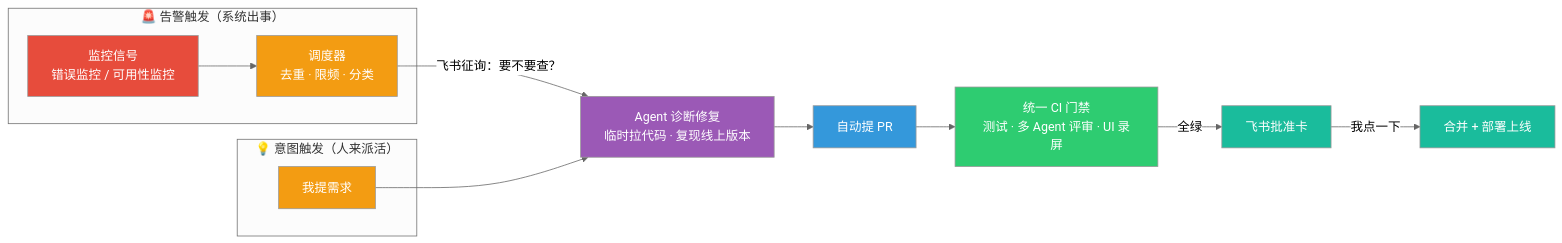
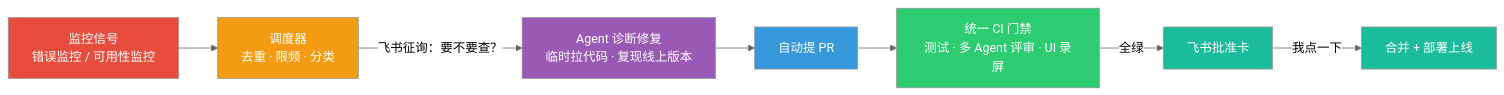
Before and after one commit to zj1123581321/zj1123581321.github.io: the first of 2 diagrams in content/posts/260721-the-zelda-phase-of-life/index.md, drawn with Mermaid (neutral theme). The commit also changed other lines of this file, not shown here.

````diff
--- a/content/posts/260721-the-zelda-phase-of-life/index.md
+++ b/content/posts/260721-the-zelda-phase-of-life/index.md
@@ -128,28 +126,25 @@
 ```mermaid
 graph LR
-    subgraph alert["🚨 告警触发（系统出事）"]
-        SIG["监控信号<br/>错误监控 / 可用性监控"]
-        DISP["调度器<br/>去重 · 限频 · 分类"]
-    end
-
-    subgraph intent["💡 意图触发（人来派活）"]
-        ME["我提需求"]
-    end
+    SIG["监控信号<br/>错误监控 / 可用性监控"]
+    DISP["调度器<br/>去重 · 限频 · 分类"]
+    AGENT["Agent 诊断修复<br/>临时拉代码 · 复现线上版本"]
+    PR["自动提 PR"]
+    GATE["统一 CI 门禁<br/>测试 · 多 Agent 评审 · UI 录屏"]
+    CARD["飞书批准卡"]
+    DEPLOY["合并 + 部署上线"]
 
     SIG --> DISP
     DISP -->|飞书征询：要不要查？| AGENT
-    ME --> AGENT["Agent 诊断修复<br/>临时拉代码 · 复现线上版本"]
-    AGENT --> PR["自动提 PR"]
-    PR --> GATE["统一 CI 门禁<br/>测试 · 多 Agent 评审 · UI 录屏"]
-    GATE -->|全绿| CARD["飞书批准卡"]
-    CARD -->|我点一下| DEPLOY["合并 + 部署上线"]
+    AGENT --> PR
+    PR --> GATE
+    GATE -->|全绿| CARD
+    CARD -->|我点一下| DEPLOY
 
     style SIG fill:#e74c3c,color:#fff
     style DISP fill:#f39c12,color:#fff
-    style ME fill:#f39c12,color:#fff
     style AGENT fill:#9b59b6,color:#fff
     style PR fill:#3498db,color:#fff
     style GATE fill:#2ecc71,color:#fff
     style CARD fill:#1abc9c,color:#fff
     style DEPLOY fill:#1abc9c,color:#fff
 ```
````
